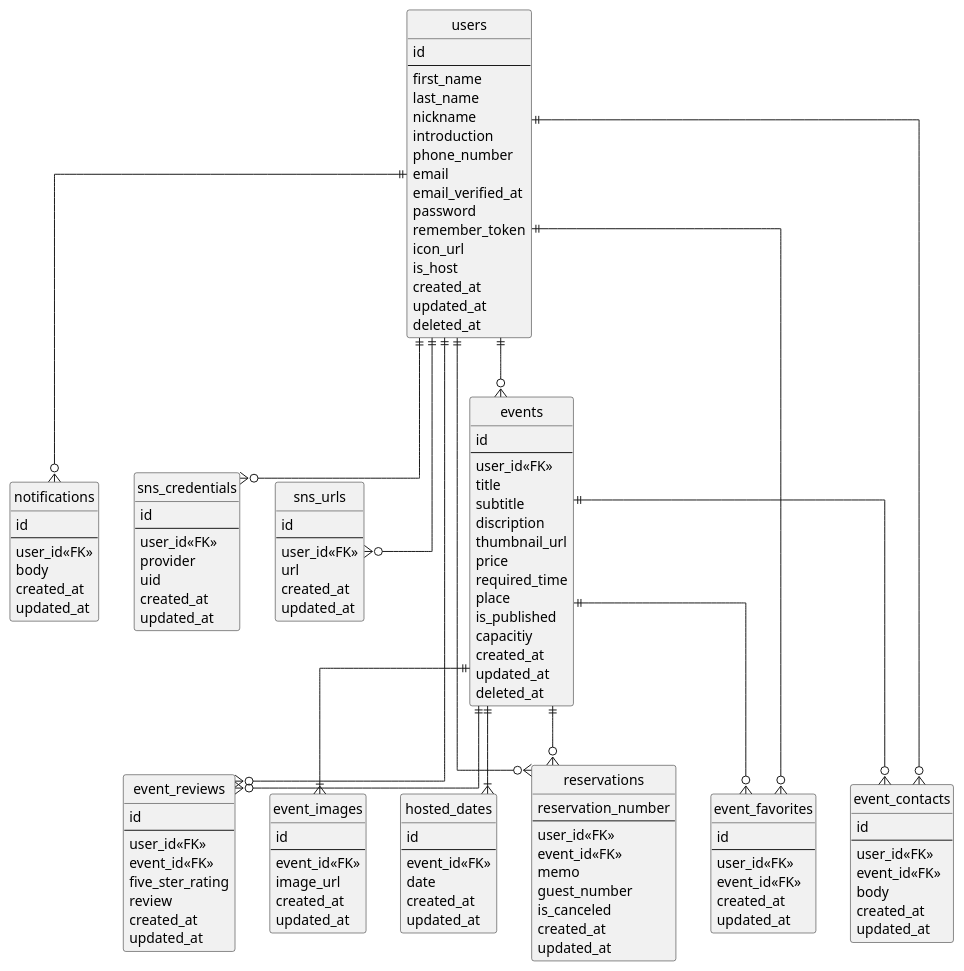
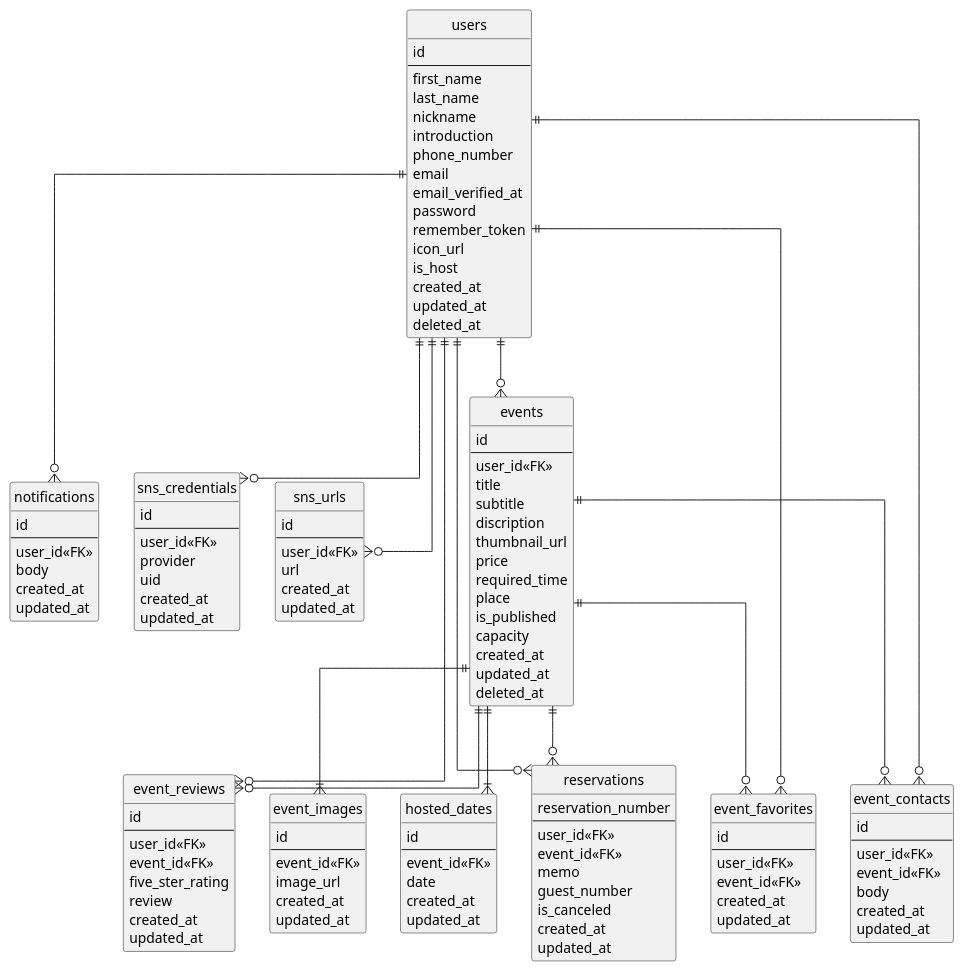
The diagram in hello.pu (moriw0/wakuraku), drawn with PlantUML before and after one commit. The commit also changed 8 other files, not shown here.

```diff
--- a/hello.pu
+++ b/hello.pu
@@ -1,154 +1,154 @@
 @startuml yonde
 hide circle
 
 skinparam linetype ortho
 
 entity "users" as users {
   id
   --
   first_name
   last_name
   nickname
   introduction
   phone_number
   email
   email_verified_at
   password
   remember_token
   icon_url
   is_host
   created_at
   updated_at
   deleted_at
 }
 
 entity "notifications" as notifications {
   id
   --
   user_id<<FK>>
   body
   created_at
   updated_at
 }
 
 entity "sns_credentials" as sns_credentials {
   id
   --
   user_id<<FK>>
   provider
   uid
   created_at
   updated_at
 }
 
 entity "sns_urls" as sns_urls {
   id
   --
   user_id<<FK>>
   url
   created_at
   updated_at
 }
 
 entity "events" as events {
   id
   --
   user_id<<FK>>
   title
   subtitle
   discription
   thumbnail_url
   price
   required_time
   place
   is_published
-  capacitiy
+  capacity
   created_at
   updated_at
   deleted_at
 }
 
 entity "event_images" as event_images {
   id
   --
   event_id<<FK>>
   image_url
   created_at
   updated_at
 }
 
 entity "event_reviews" as event_reviews {
   id
   --
   user_id<<FK>>
   event_id<<FK>>
   five_ster_rating
   review
   created_at
   updated_at
 }
 
 
 entity "hosted_dates" as hosted_dates {
   id
   --
   event_id<<FK>>
   date
   created_at
   updated_at
 }
 
 entity "reservations" as reservations {
   reservation_number
   --
   user_id<<FK>>
   event_id<<FK>>
   memo
   guest_number
   is_canceled
   created_at
   updated_at
 }
 
 entity "event_favorites" as event_favorites {
   id
   --
   user_id<<FK>>
   event_id<<FK>>
   created_at
   updated_at
 }
 
 entity "event_contacts" as event_contacts {
   id
   --
   user_id<<FK>>
   event_id<<FK>>
   body
   created_at
   updated_at
 }
 
 ' entity "password_resets" as password_resets {
 '   --
 '   email
 '   token
 '   created_at
 ' }
 
 users ||--o{ events
 users ||--o{ event_favorites
 users ||--o{ reservations
 users ||--o{ sns_urls
 users ||--o{ event_reviews
 users ||--o{ sns_credentials
 users ||--o{ notifications
 users ||--o{ event_contacts
 events ||--o{ event_favorites
 events ||--|{ event_images
 events ||--|{ hosted_dates
 events ||--o{ event_contacts
 events ||--o{ reservations
 events ||--o{ event_reviews
 
 @enduml
```
